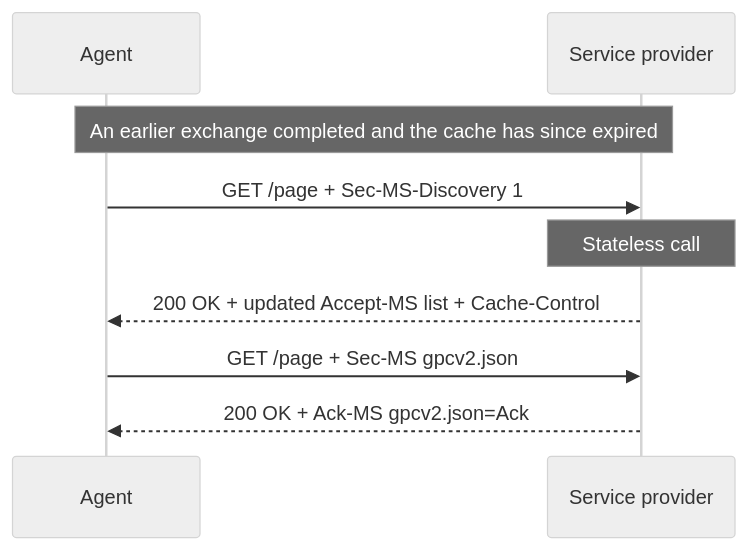
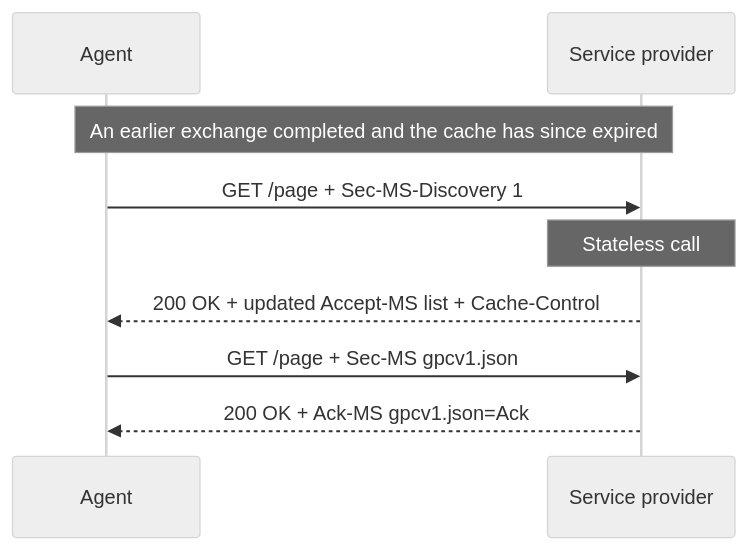
The fourth of 4 diagrams in src/content/docs/spec.mdx (MeeFoundation/mysignals-website), drawn with Mermaid (neutral theme) before and after one commit. The commit also changed other lines of this file, not shown here.

````diff
--- a/src/content/docs/spec.mdx
+++ b/src/content/docs/spec.mdx
@@ -234,11 +234,11 @@
 ```mermaid
 sequenceDiagram
     participant A as Agent
     participant S as Service provider
     Note over A,S: An earlier exchange completed and the cache has since expired
     A->>S: GET /page + Sec-MS-Discovery 1
     Note over S: Stateless call
     S-->>A: 200 OK + updated Accept-MS list + Cache-Control
-    A->>S: GET /page + Sec-MS gpcv2.json
-    S-->>A: 200 OK + Ack-MS gpcv2.json=Ack
+    A->>S: GET /page + Sec-MS gpcv1.json
+    S-->>A: 200 OK + Ack-MS gpcv1.json=Ack
 ```
````
